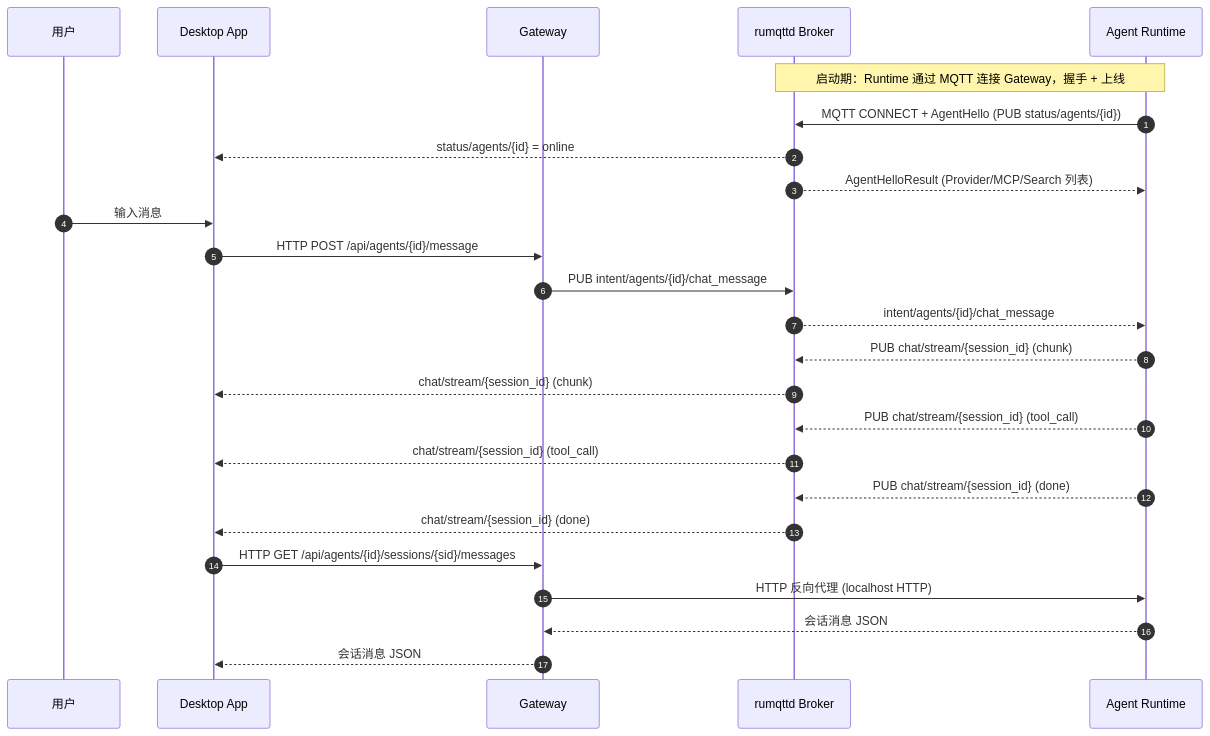
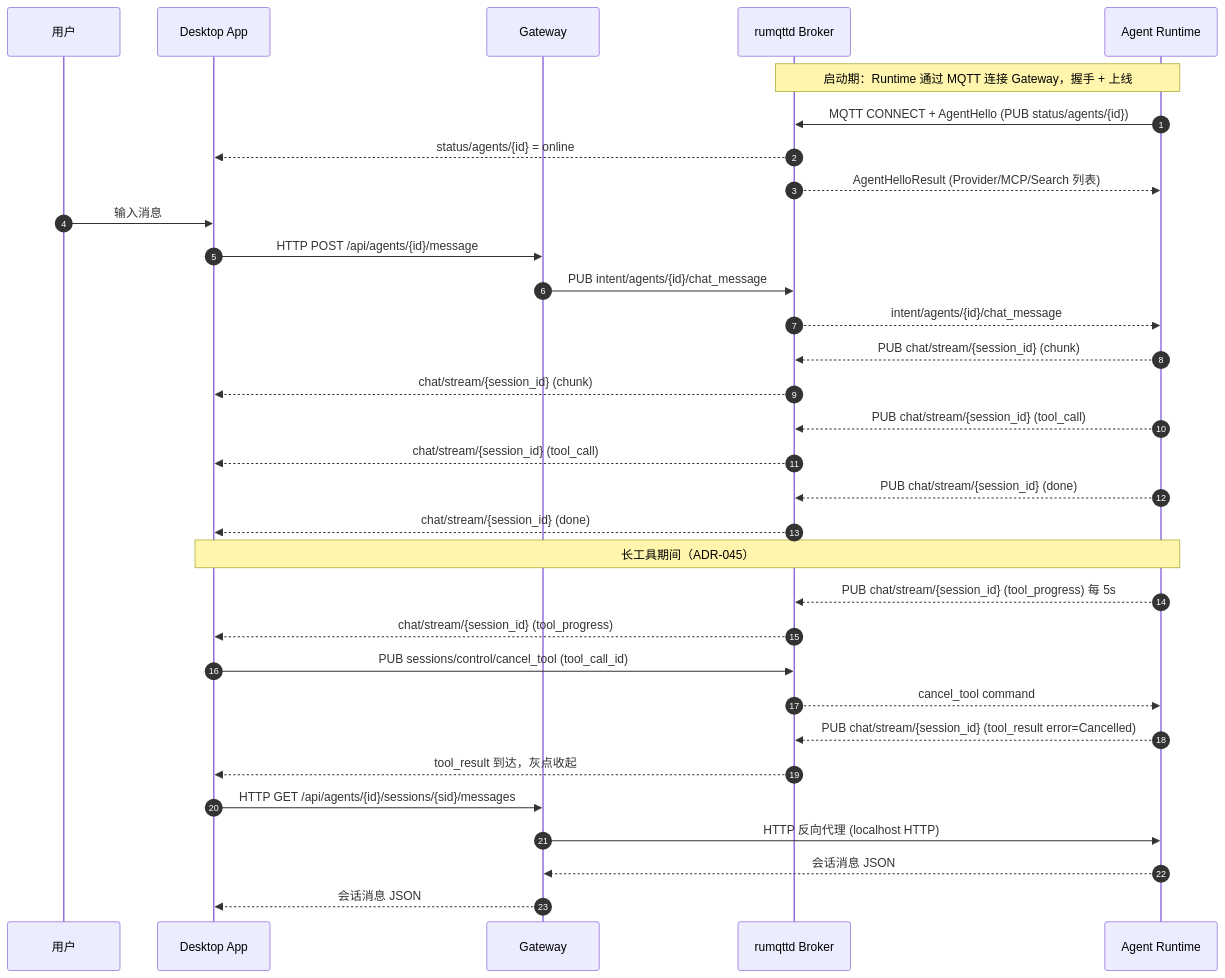
One commit to tranxon/ACowork changed the second of 2 diagrams in docs/zh/protocols/README.md. Above: the diagram before and after it, drawn with Mermaid. The commit also changed other lines of this file and 25 other files, not shown here.

````diff
--- a/docs/zh/protocols/README.md
+++ b/docs/zh/protocols/README.md
@@ -79,31 +79,39 @@
 ```mermaid
 sequenceDiagram
     autonumber
     participant U as 用户
     participant DA as Desktop App
     participant G as Gateway
     participant B as rumqttd Broker
     participant RT as Agent Runtime
 
     Note over RT,B: 启动期：Runtime 通过 MQTT 连接 Gateway，握手 + 上线
     RT->>B: MQTT CONNECT + AgentHello (PUB status/agents/{id})
     B-->>DA: status/agents/{id} = online
     B-->>RT: AgentHelloResult (Provider/MCP/Search 列表)
 
     U->>DA: 输入消息
     DA->>G: HTTP POST /api/agents/{id}/message
     G->>B: PUB intent/agents/{id}/chat_message
     B-->>RT: intent/agents/{id}/chat_message
 
     RT-->>B: PUB chat/stream/{session_id} (chunk)
     B-->>DA: chat/stream/{session_id} (chunk)
     RT-->>B: PUB chat/stream/{session_id} (tool_call)
     B-->>DA: chat/stream/{session_id} (tool_call)
     RT-->>B: PUB chat/stream/{session_id} (done)
     B-->>DA: chat/stream/{session_id} (done)
 
+    Note over RT,DA: 长工具期间（ADR-045）
+    RT-->>B: PUB chat/stream/{session_id} (tool_progress) 每 5s
+    B-->>DA: chat/stream/{session_id} (tool_progress)
+    DA->>B: PUB sessions/control/cancel_tool (tool_call_id)
+    B-->>RT: cancel_tool command
+    RT-->>B: PUB chat/stream/{session_id} (tool_result error=Cancelled)
+    B-->>DA: tool_result 到达，灰点收起
+
     DA->>G: HTTP GET /api/agents/{id}/sessions/{sid}/messages
     G->>RT: HTTP 反向代理 (localhost HTTP)
     RT-->>G: 会话消息 JSON
     G-->>DA: 会话消息 JSON
 ```
````
